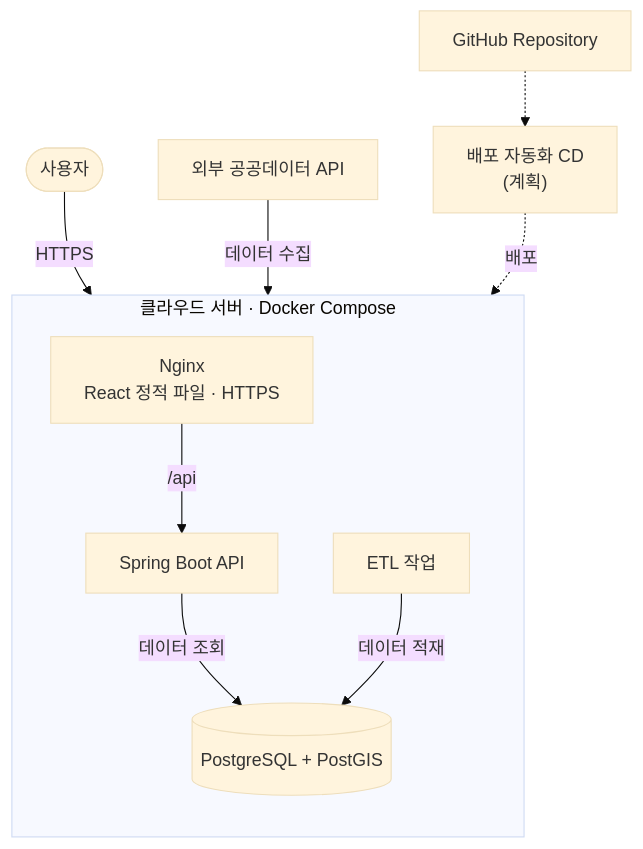
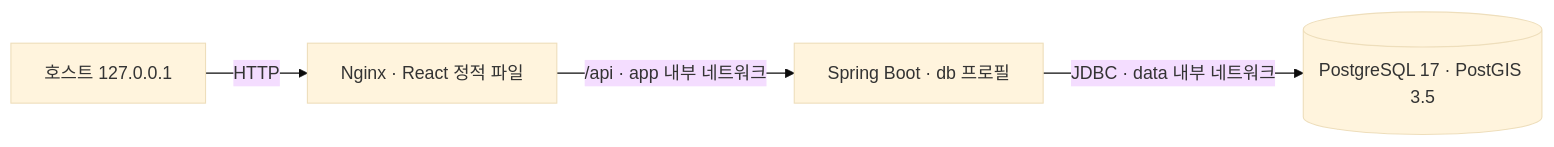
Before and after one commit to jinwooorp/RecycleYoungs: the diagram in docs/development.md, drawn with Mermaid (base theme). The commit also changed other lines of this file and 7 other files, not shown here.

Commit message:
feat(deploy): Docker Compose 배포 기반 및 Nginx 설정 분리

````diff
--- a/docs/development.md
+++ b/docs/development.md
@@ -470,25 +480,6 @@
 ```mermaid
-flowchart TB
-    USER(["사용자"])
-    GITHUB["GitHub Repository"]
-    CICD["배포 자동화 CD<br/>(계획)"]
-
-    subgraph SERVER["클라우드 서버 · Docker Compose"]
-        direction TB
-        NGINX["Nginx<br/>React 정적 파일 · HTTPS"]
-        API["Spring Boot API"]
-        DB[("PostgreSQL + PostGIS")]
-        ETL["ETL 작업"]
-
-        NGINX -->|"/api"| API
-        API -->|데이터 조회| DB
-        ETL -->|데이터 적재| DB
-    end
-
-    SOURCE["외부 공공데이터 API"]
-
-    USER -->|HTTPS| NGINX
-    GITHUB -.-> CICD
-    CICD -.->|배포| SERVER
-    SOURCE -->|데이터 수집| ETL
+flowchart LR
+    HOST["호스트 127.0.0.1"] -->|HTTP| NGINX["Nginx · React 정적 파일"]
+    NGINX -->|"/api · app 내부 네트워크"| API["Spring Boot · db 프로필"]
+    API -->|"JDBC · data 내부 네트워크"| DB[("PostgreSQL 17 · PostGIS 3.5")]
 ```
````
